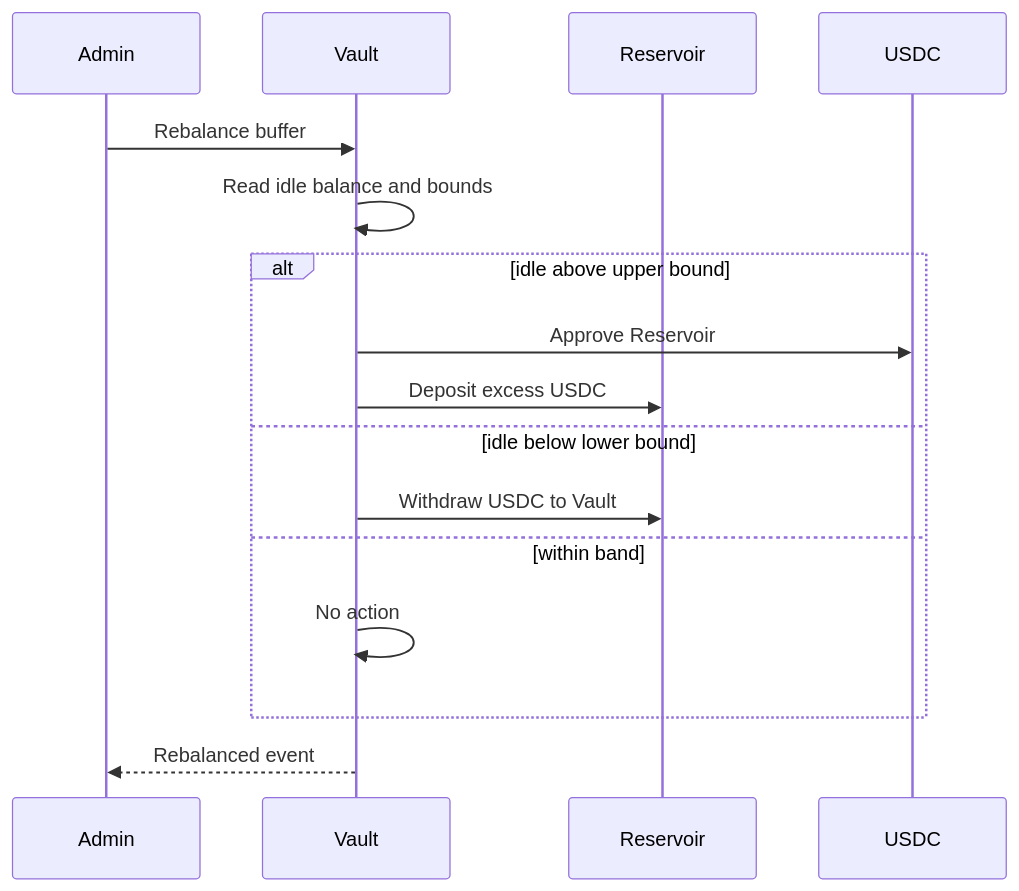
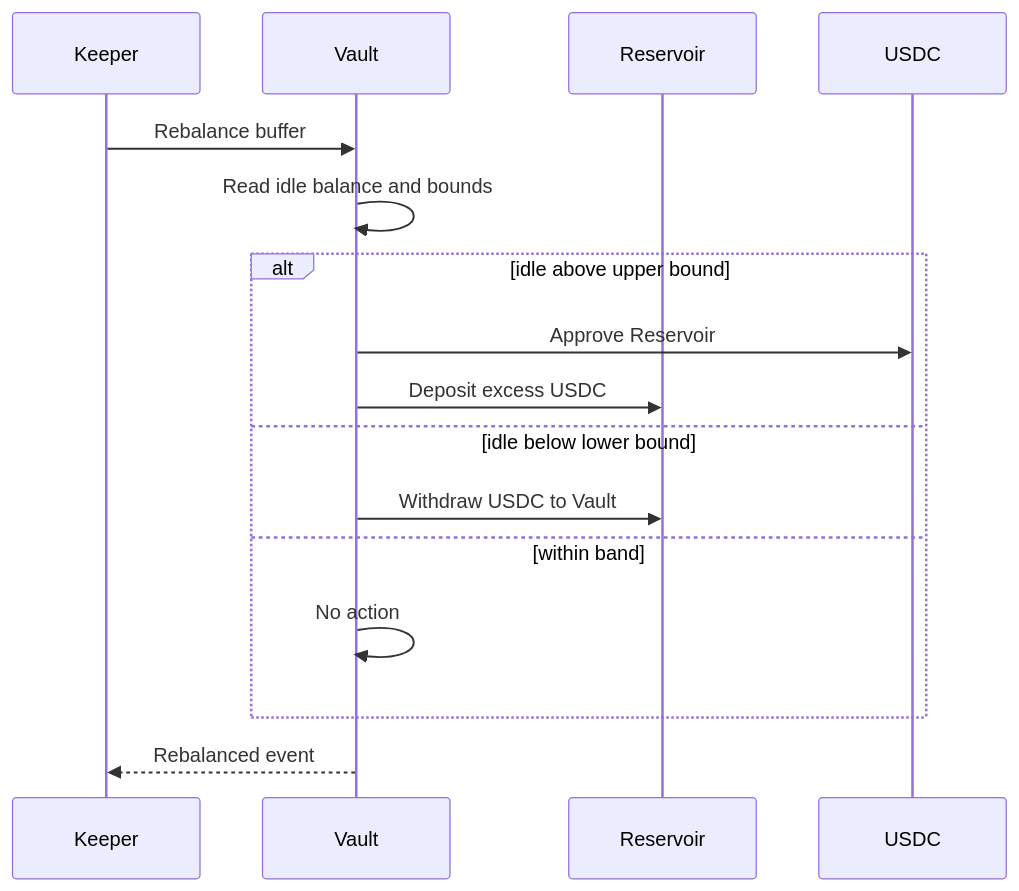
The seventh of 7 diagrams in documentation/protocol-diagrams.md (mezzanine-finance/smart-contracts), drawn with Mermaid before and after one commit. The commit also changed other lines of this file and 7 other files, not shown here.

````diff
--- a/documentation/protocol-diagrams.md
+++ b/documentation/protocol-diagrams.md
@@ -213,19 +214,19 @@
 ```mermaid
 sequenceDiagram
-  participant Admin
+  participant Keeper
   participant Vault
   participant Reservoir
   participant USDC
 
-  Admin->>Vault: Rebalance buffer
+  Keeper->>Vault: Rebalance buffer
   Vault->>Vault: Read idle balance and bounds
   alt idle above upper bound
     Vault->>USDC: Approve Reservoir
     Vault->>Reservoir: Deposit excess USDC
   else idle below lower bound
     Vault->>Reservoir: Withdraw USDC to Vault
   else within band
     Vault->>Vault: No action
   end
-  Vault-->>Admin: Rebalanced event
+  Vault-->>Keeper: Rebalanced event
 ```
````
